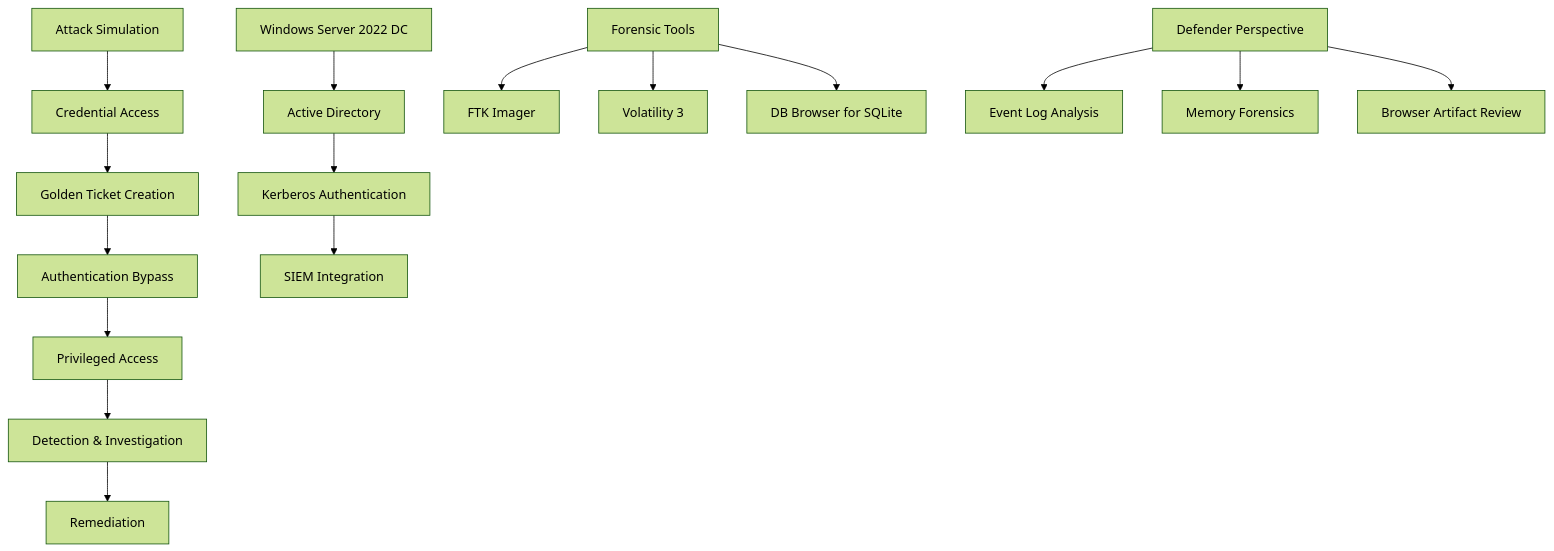
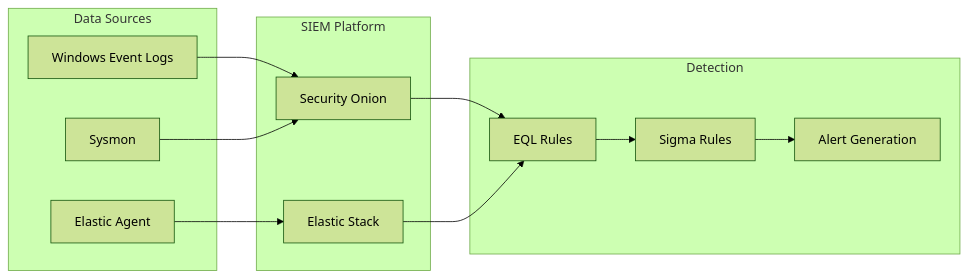
The diagram in README.md (Dmokom1/Detection-Engineering-EQL-MITRE-Validation), drawn with Mermaid (forest theme) before and after one commit.

Commit message:
Update diagram to match project focus (EQL detection engineering)

````diff
--- a/README.md
+++ b/README.md
@@ -43,21 +43,27 @@
 ```mermaid
-graph TD
-    A[Attack Simulation] --> B[Credential Access]
-    B --> C[Golden Ticket Creation]
-    C --> D[Authentication Bypass]
-    D --> E[Privileged Access]
-    E --> F[Detection & Investigation]
-    F --> G[Remediation]
+graph LR
+    subgraph "Data Sources"
+        A[Windows Event Logs]
+        B[Elastic Agent]
+        C[Sysmon]
+    end
     
-    H[Windows Server 2022 DC] --> I[Active Directory]
-    I --> J[Kerberos Authentication]
-    J --> K[SIEM Integration]
+    subgraph "SIEM Platform"
+        D[Security Onion]
+        E[Elastic Stack]
+    end
     
-    L[Forensic Tools] --> M[FTK Imager]
-    L --> N[Volatility 3]
-    L --> O[DB Browser for SQLite]
+    subgraph "Detection"
+        F[EQL Rules]
+        G[Sigma Rules]
+        H[Alert Generation]
+    end
     
-    P[Defender Perspective] --> Q[Event Log Analysis]
-    P --> R[Memory Forensics]
-    P --> S[Browser Artifact Review]
+    A --> D
+    B --> E
+    C --> D
+    D --> F
+    E --> F
+    F --> G
+    G --> H
 ```
````
